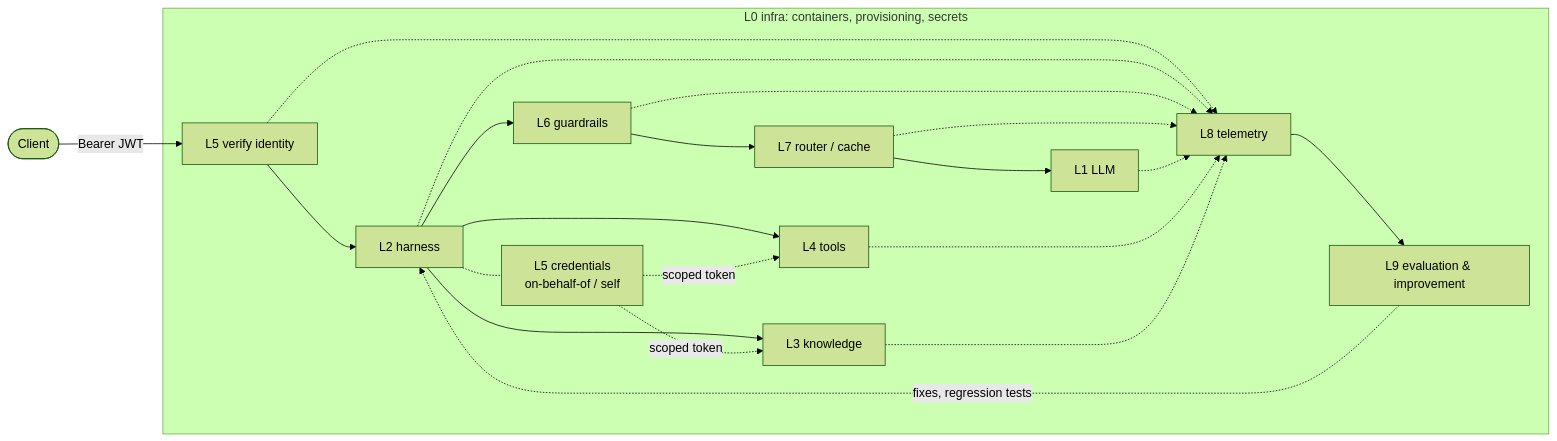
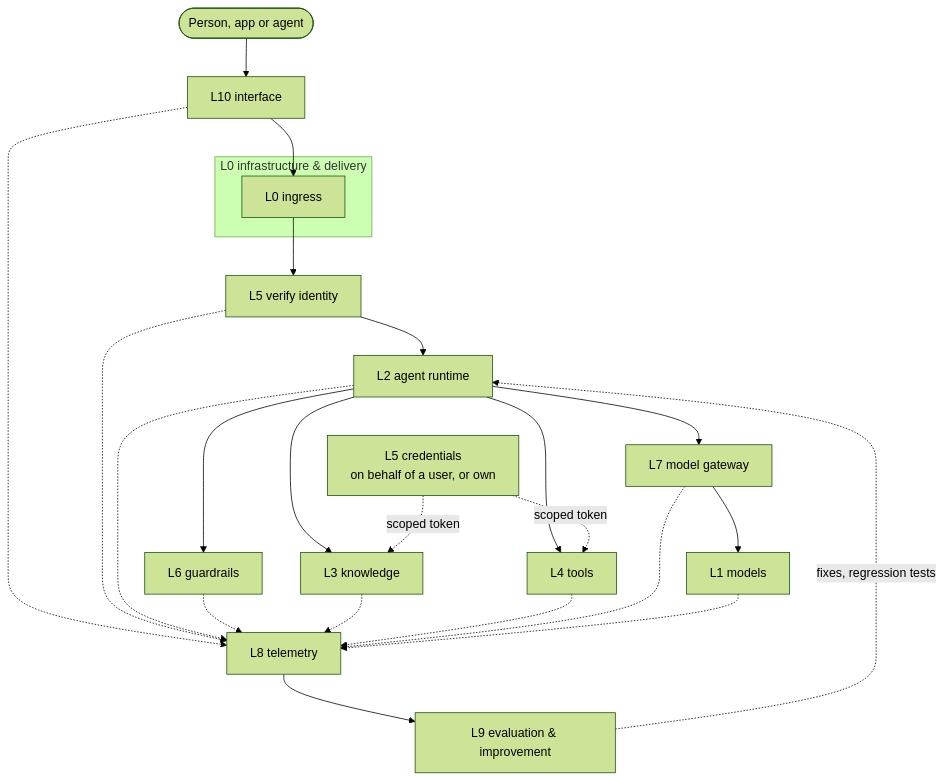
Before and after one commit to aantenore/agent-layers: the diagram in README.md, drawn with Mermaid (forest theme). The commit also changed other lines of this file and 18 other files, not shown here.

````diff
--- a/README.md
+++ b/README.md
@@ -38,36 +53,29 @@
 ```mermaid
-flowchart LR
-  client([Client]) -->|Bearer JWT| L5v[L5 verify identity]
-  L5v --> L2[L2 harness]
+flowchart TB
+  client([Person, app or agent]) --> L10[L10 interface]
+  L10 --> ing[L0 ingress]
+  ing --> L5v[L5 verify identity]
+  L5v --> L2[L2 agent runtime]
   L2 --> L6[L6 guardrails]
-  L6 --> L7[L7 router / cache]
-  L7 --> L1[L1 LLM]
+  L2 --> L3[L3 knowledge]
   L2 --> L4[L4 tools]
-  L2 --> L3[L3 knowledge]
-  L5c[L5 credentials<br/>on-behalf-of / self] -.->|scoped token| L4
-  L5c -.->|scoped token| L3
-  L2 -.- L5c
+  L5c[L5 credentials<br/>on behalf of a user, or own] -.->|scoped token| L3
+  L5c -.->|scoped token| L4
+  L2 --> L7[L7 model gateway]
+  L7 --> L1[L1 models]
 
+  L10 -.-> L8
   L5v -.-> L8
   L2 -.-> L8
   L6 -.-> L8
+  L3 -.-> L8
+  L4 -.-> L8
   L7 -.-> L8
   L1 -.-> L8
-  L4 -.-> L8
-  L3 -.-> L8
   L8[L8 telemetry] --> L9[L9 evaluation & improvement]
   L9 -.->|fixes, regression tests| L2
 
-  subgraph L0[L0 infra: containers, provisioning, secrets]
-    L5v
-    L2
-    L6
-    L7
-    L1
-    L4
-    L3
-    L5c
-    L8
-    L9
+  subgraph L0[L0 infrastructure & delivery]
+    ing
   end
 ```
````
